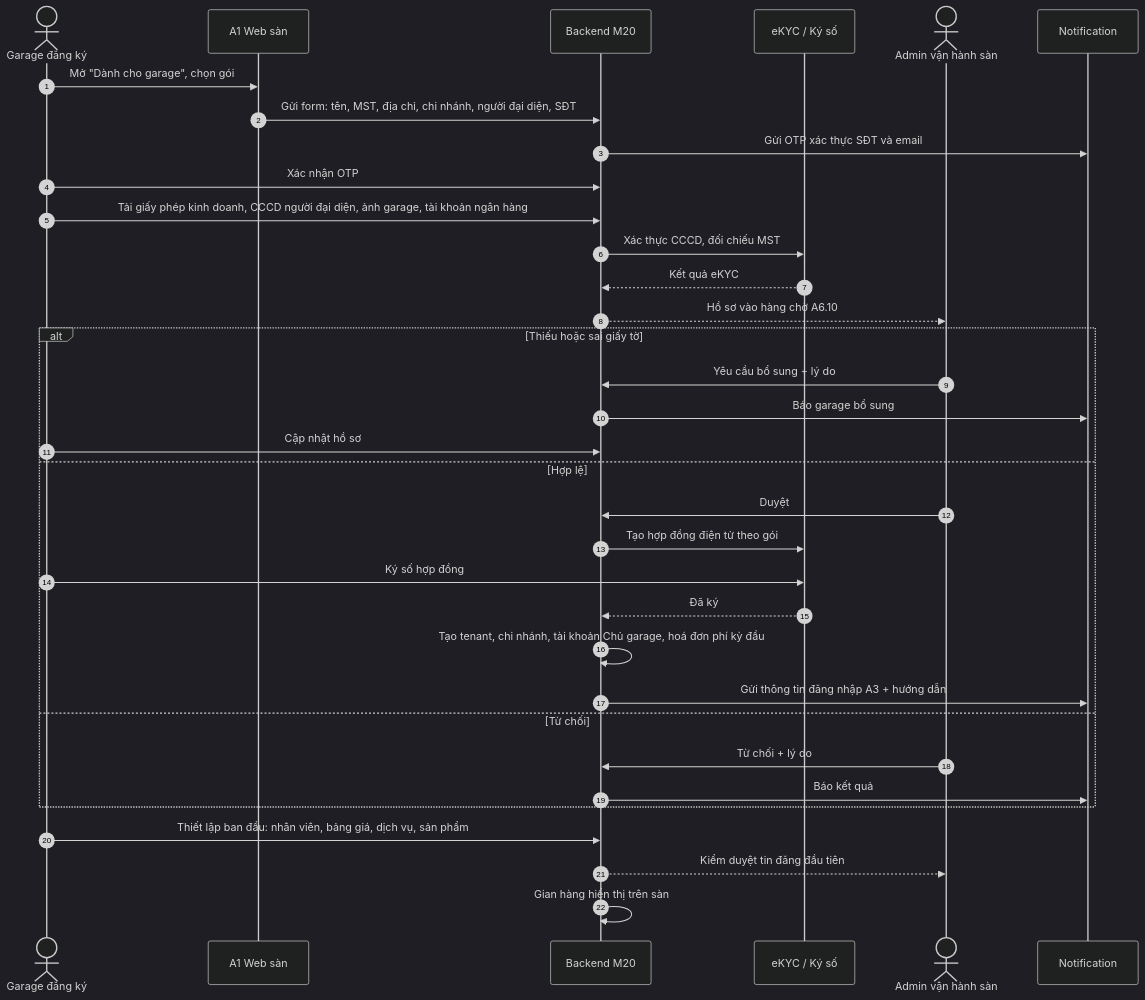
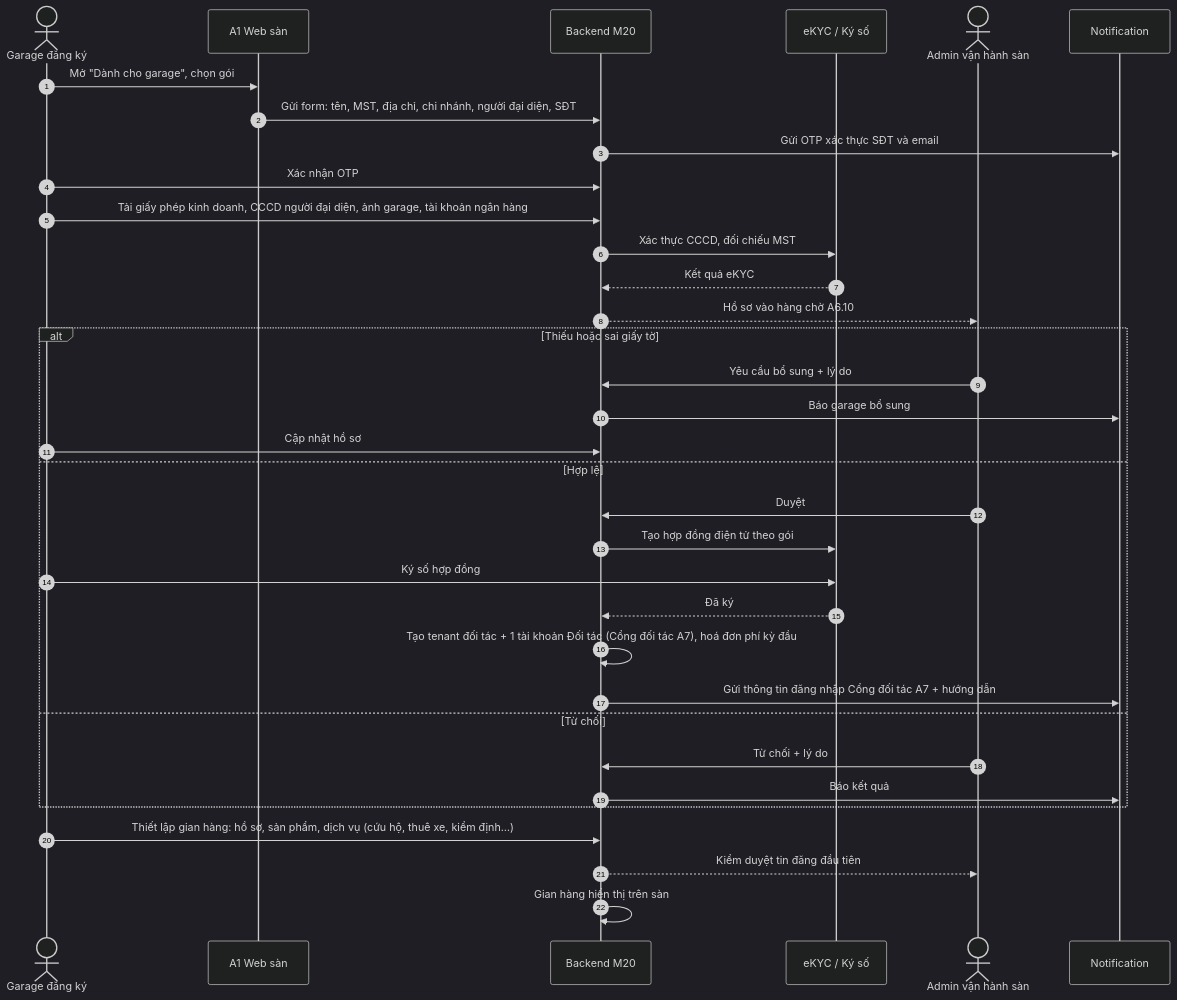
The first of 9 diagrams in docs/04-luong-nghiep-vu.md (south93/cardiy-crm), drawn with Mermaid (dark theme) before and after one commit. The commit also changed other lines of this file and 23 other files, not shown here.

First line of the commit message:
Vòng 0.4: tách Đối tác: 1 tài khoản, Cổng đối tác, không có CRM

````diff
--- a/docs/04-luong-nghiep-vu.md
+++ b/docs/04-luong-nghiep-vu.md
@@ -5,37 +5,37 @@
 ```mermaid
 sequenceDiagram
   autonumber
   actor G as Garage đăng ký
   participant W as A1 Web sàn
   participant API as Backend M20
   participant K as eKYC / Ký số
   actor AV as Admin vận hành sàn
   participant N as Notification
 
   G->>W: Mở "Dành cho garage", chọn gói
   W->>API: Gửi form: tên, MST, địa chỉ, chi nhánh, người đại diện, SĐT
   API->>N: Gửi OTP xác thực SĐT và email
   G->>API: Xác nhận OTP
   G->>API: Tải giấy phép kinh doanh, CCCD người đại diện, ảnh garage, tài khoản ngân hàng
   API->>K: Xác thực CCCD, đối chiếu MST
   K-->>API: Kết quả eKYC
   API-->>AV: Hồ sơ vào hàng chờ A6.10
   alt Thiếu hoặc sai giấy tờ
     AV->>API: Yêu cầu bổ sung + lý do
     API->>N: Báo garage bổ sung
     G->>API: Cập nhật hồ sơ
   else Hợp lệ
     AV->>API: Duyệt
     API->>K: Tạo hợp đồng điện tử theo gói
     G->>K: Ký số hợp đồng
     K-->>API: Đã ký
-    API->>API: Tạo tenant, chi nhánh, tài khoản Chủ garage, hoá đơn phí kỳ đầu
-    API->>N: Gửi thông tin đăng nhập A3 + hướng dẫn
+    API->>API: Tạo tenant đối tác + 1 tài khoản Đối tác (Cổng đối tác A7), hoá đơn phí kỳ đầu
+    API->>N: Gửi thông tin đăng nhập Cổng đối tác A7 + hướng dẫn
   else Từ chối
     AV->>API: Từ chối + lý do
     API->>N: Báo kết quả
   end
-  G->>API: Thiết lập ban đầu: nhân viên, bảng giá, dịch vụ, sản phẩm
+  G->>API: Thiết lập gian hàng: hồ sơ, sản phẩm, dịch vụ (cứu hộ, thuê xe, kiểm định…)
   API-->>AV: Kiểm duyệt tin đăng đầu tiên
   API->>API: Gian hàng hiển thị trên sàn
 ```
````
